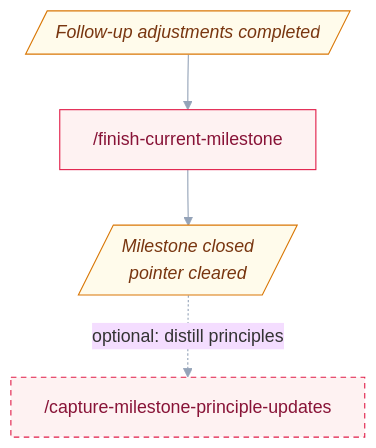
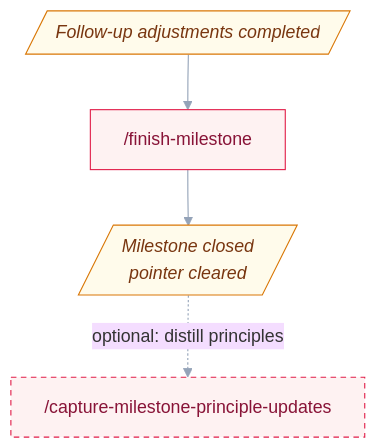
The sixth of 6 diagrams in docs/workflow.md (uHappyLogic/cairn), drawn with Mermaid before and after one commit. The commit also changed other lines of this file and 35 other files, not shown here.

````diff
--- a/docs/workflow.md
+++ b/docs/workflow.md
@@ -150,18 +150,18 @@
 ```mermaid
 %%{init: {'theme':'base','themeVariables':{'fontFamily':'ui-sans-serif, system-ui','lineColor':'#94a3b8','primaryBorderColor':'#475569'},'flowchart':{'wrappingWidth':9999,'curve':'basis'}}}%%
 flowchart TD
     D4[/"Follow-up adjustments completed"/]
-    EM1["/finish-current-milestone"]
+    EM1["/finish-milestone"]
     D5[/"Milestone closed<br/>pointer cleared"/]
     EM2["/capture-milestone-principle-updates"]
 
     D4 --> EM1 --> D5
     D5 -.->|optional: distill principles| EM2
 
     classDef finish fill:#fef2f2,stroke:#e11d48,color:#881337;
     classDef optional stroke-dasharray:5 4;
     classDef state fill:#fffbeb,stroke:#d97706,color:#78350f,font-style:italic;
     class EM1,EM2 finish;
     class EM2 optional;
     class D4,D5 state;
 ```
````
